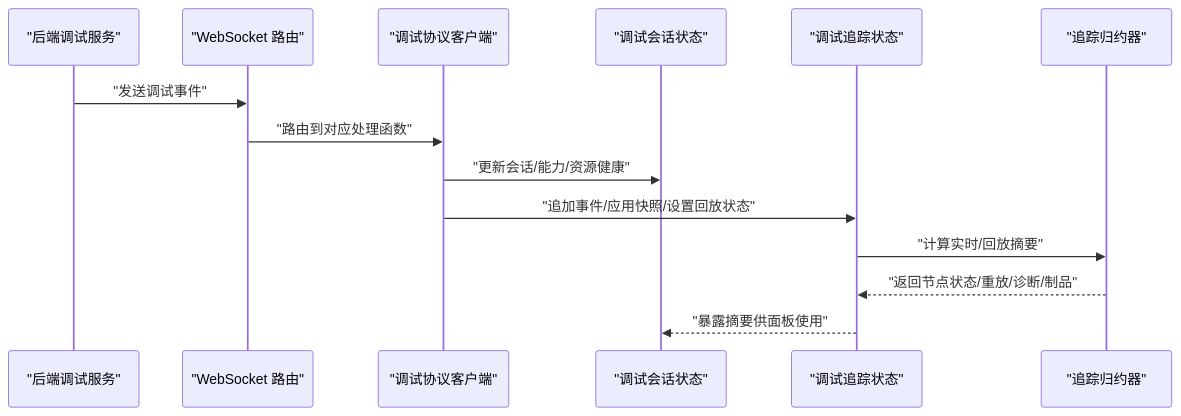
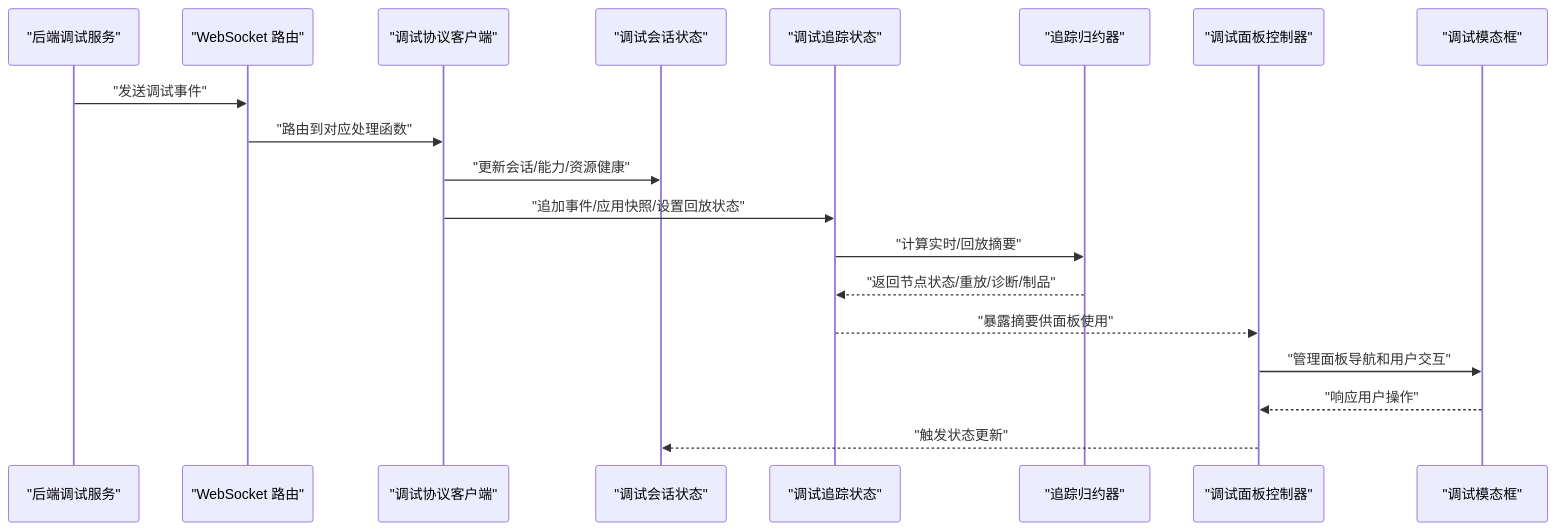
Before and after one commit to kqcoxn/MaaPipelineEditor: the second of 7 diagrams in .qoder/repowiki/zh/content/调试与诊断/性能监控.md, drawn with Mermaid. The commit also changed other lines of this file and 19 other files, not shown here.

````diff
--- a/.qoder/repowiki/zh/content/调试与诊断/性能监控.md
+++ b/.qoder/repowiki/zh/content/调试与诊断/性能监控.md
@@ -121,16 +150,21 @@
 ```mermaid
 sequenceDiagram
 participant BE as "后端调试服务"
 participant WS as "WebSocket 路由"
 participant DPC as "调试协议客户端"
 participant DSS as "调试会话状态"
 participant DTS as "调试追踪状态"
 participant TR as "追踪归约器"
+participant DMC as "调试面板控制器"
+participant DM as "调试模态框"
 BE->>WS : "发送调试事件"
 WS->>DPC : "路由到对应处理函数"
 DPC->>DSS : "更新会话/能力/资源健康"
 DPC->>DTS : "追加事件/应用快照/设置回放状态"
 DTS->>TR : "计算实时/回放摘要"
 TR-->>DTS : "返回节点状态/重放/诊断/制品"
-DTS-->>DSS : "暴露摘要供面板使用"
+DTS-->>DMC : "暴露摘要供面板使用"
+DMC->>DM : "管理面板导航和用户交互"
+DM-->>DMC : "响应用户操作"
+DMC-->>DSS : "触发状态更新"
 ```
````
